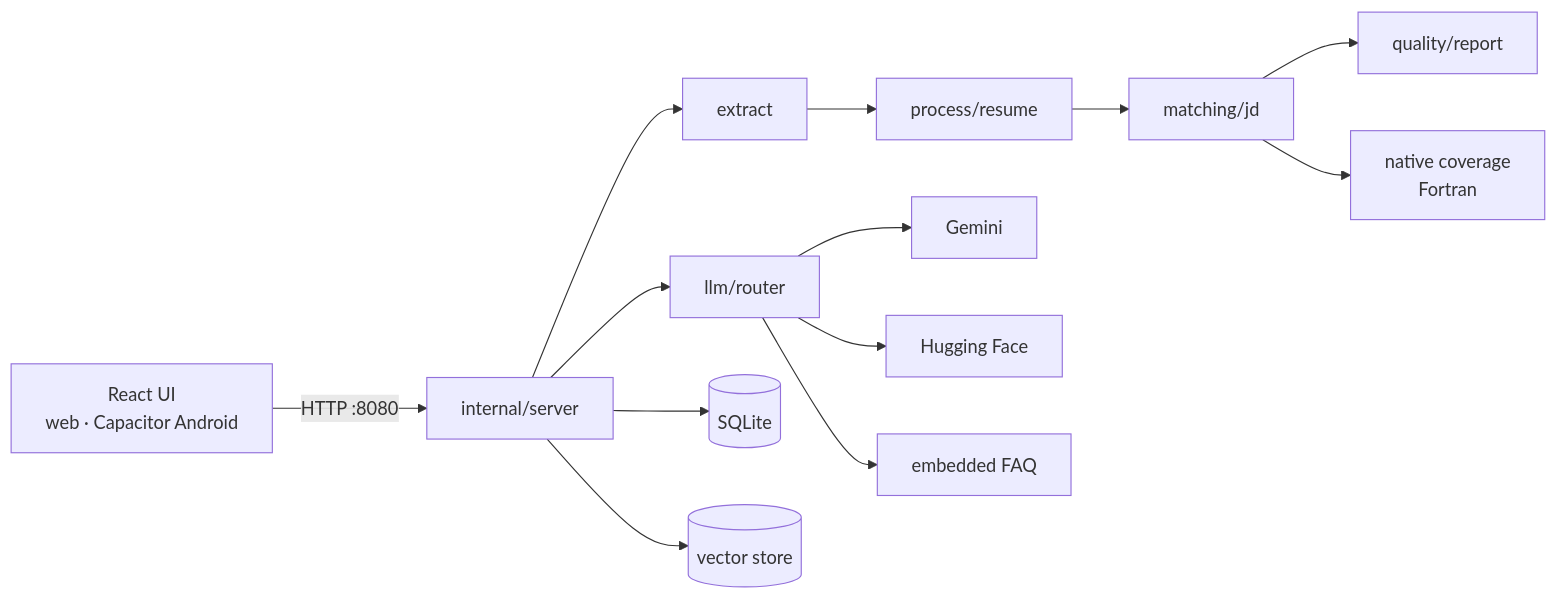
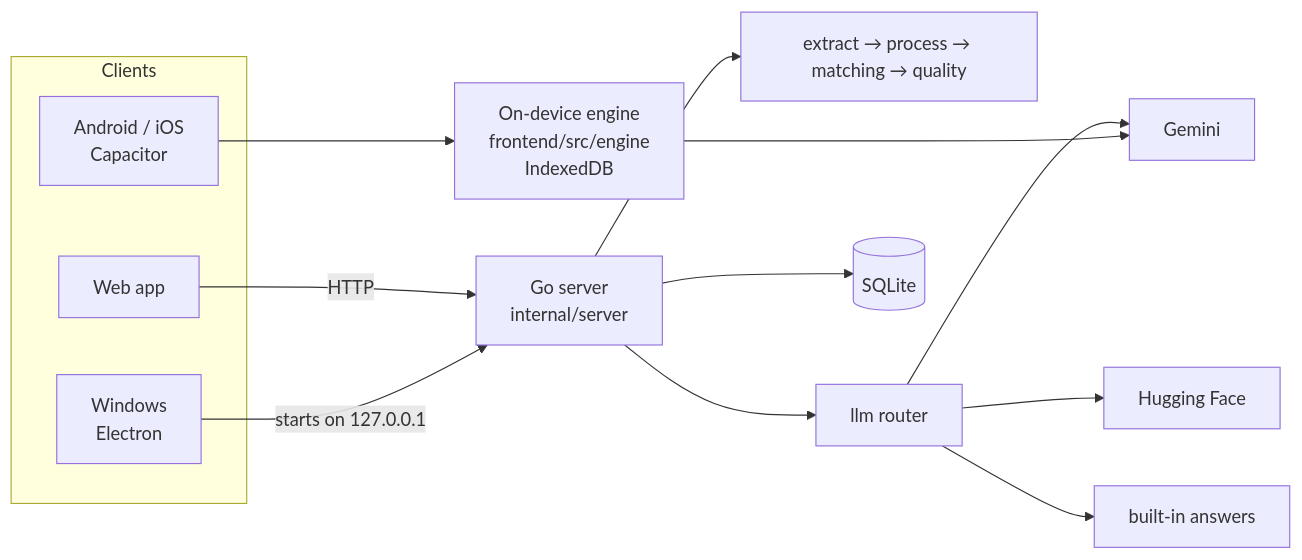
One commit to shiroonigami23-ui/careerforge-go changed the diagram in README.md. Above: the diagram before and after it, drawn with Mermaid. The commit also changed other lines of this file and 16 other files, not shown here.

First line of the commit message:
Docs: new README with downloads, screenshots and walkthrough GIF; CHANGELOG 1.0.0; roadmap with PDF; recorded test run

````diff
--- a/README.md
+++ b/README.md
@@ -68,12 +87,13 @@
 ```mermaid
 flowchart LR
-  UI[React UI<br/>web · Capacitor Android] -->|HTTP :8080| SV[internal/server]
-  SV --> EX[extract] --> PR[process/resume] --> MT[matching/jd]
-  MT --> QL[quality/report]
-  MT --> NV[native coverage<br/>Fortran]
-  SV --> LLM[llm/router] --> G[Gemini]
-  LLM --> HF[Hugging Face]
-  LLM --> FAQ[embedded FAQ]
-  SV --> DB[(SQLite)]
-  SV --> VS[(vector store)]
+  subgraph Clients
+    W[Web app] ; A[Android / iOS<br/>Capacitor] ; D[Windows<br/>Electron]
+  end
+  W -->|HTTP| S[Go server<br/>internal/server]
+  D -->|starts on 127.0.0.1| S
+  A --> E[On-device engine<br/>frontend/src/engine<br/>IndexedDB]
+  S --> P[extract → process → matching → quality]
+  S --> L[llm router] --> G[Gemini] & H[Hugging Face] & F[built-in answers]
+  S --> DB[(SQLite)]
+  E --> G
 ```
````
